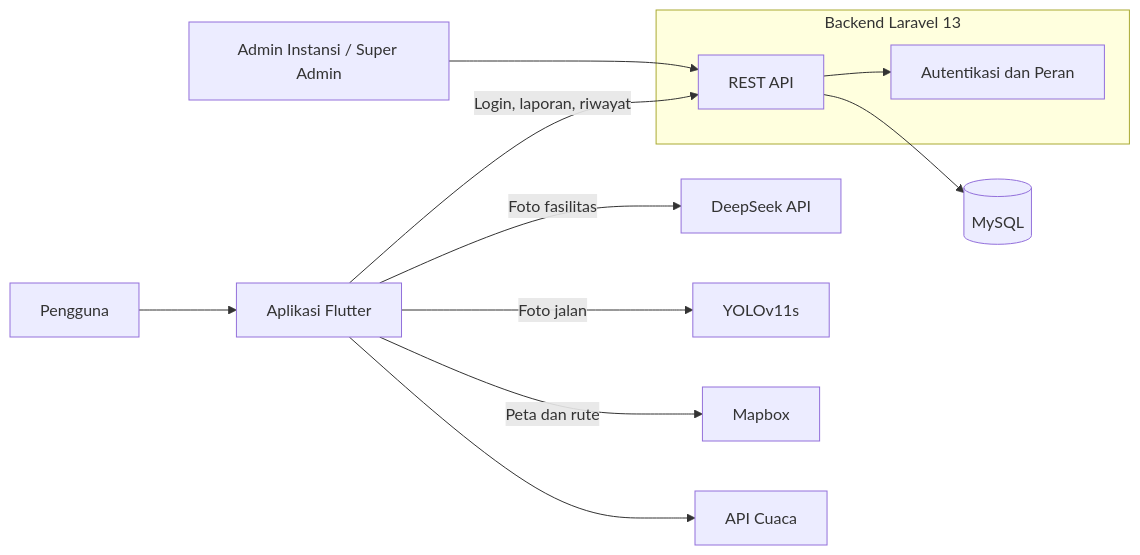
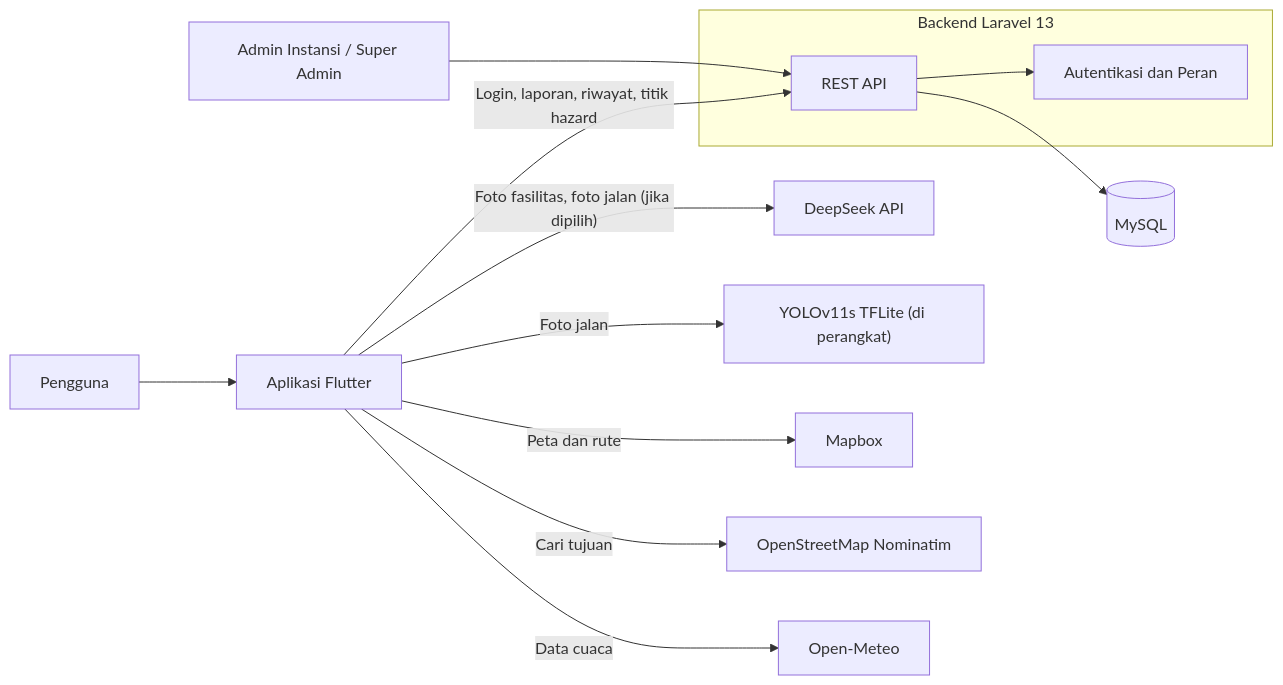
The fourth of 7 diagrams in README.md (faldyardiansyah/LaporDermayu), drawn with Mermaid before and after one commit. The commit also changed other lines of this file, not shown here.

````diff
--- a/README.md
+++ b/README.md
@@ -229,20 +325,21 @@
 ```mermaid
 flowchart LR
     U["Pengguna"] --> M["Aplikasi Flutter"]
 
     subgraph BE["Backend Laravel 13"]
         API["REST API"]
         AUTH["Autentikasi dan Peran"]
     end
 
-    M -->|"Login, laporan, riwayat"| API
+    M -->|"Login, laporan, riwayat, titik hazard"| API
     API --> AUTH
     API --> DB[("MySQL")]
 
-    M -->|"Foto fasilitas"| DS["DeepSeek API"]
-    M -->|"Foto jalan"| YO["YOLOv11s"]
+    M -->|"Foto fasilitas, foto jalan (jika dipilih)"| DS["DeepSeek API"]
+    M -->|"Foto jalan"| YO["YOLOv11s TFLite (di perangkat)"]
     M -->|"Peta dan rute"| MB["Mapbox"]
-    M --> W["API Cuaca"]
+    M -->|"Cari tujuan"| NM["OpenStreetMap Nominatim"]
+    M -->|"Data cuaca"| OM["Open-Meteo"]
 
     ADM["Admin Instansi / Super Admin"] --> API
 ```
````
